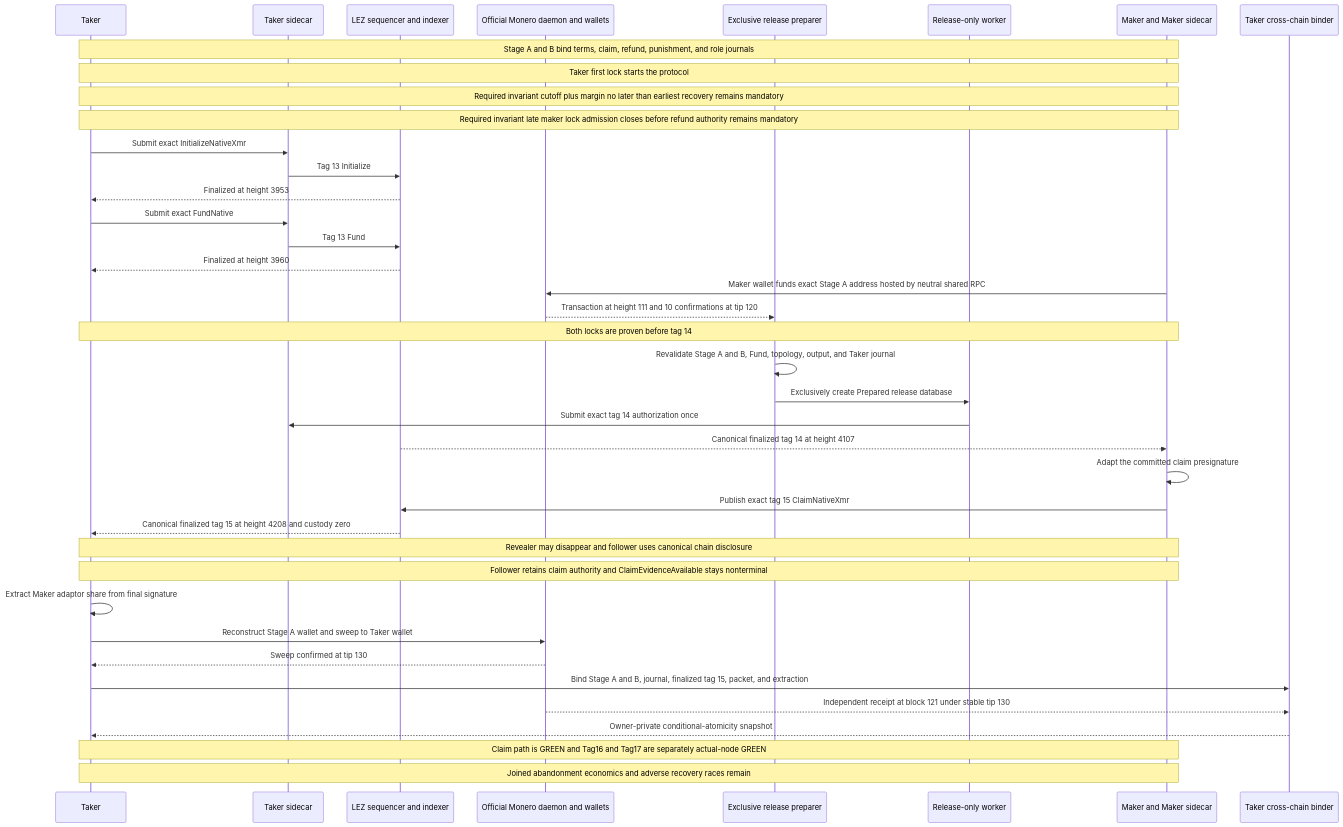
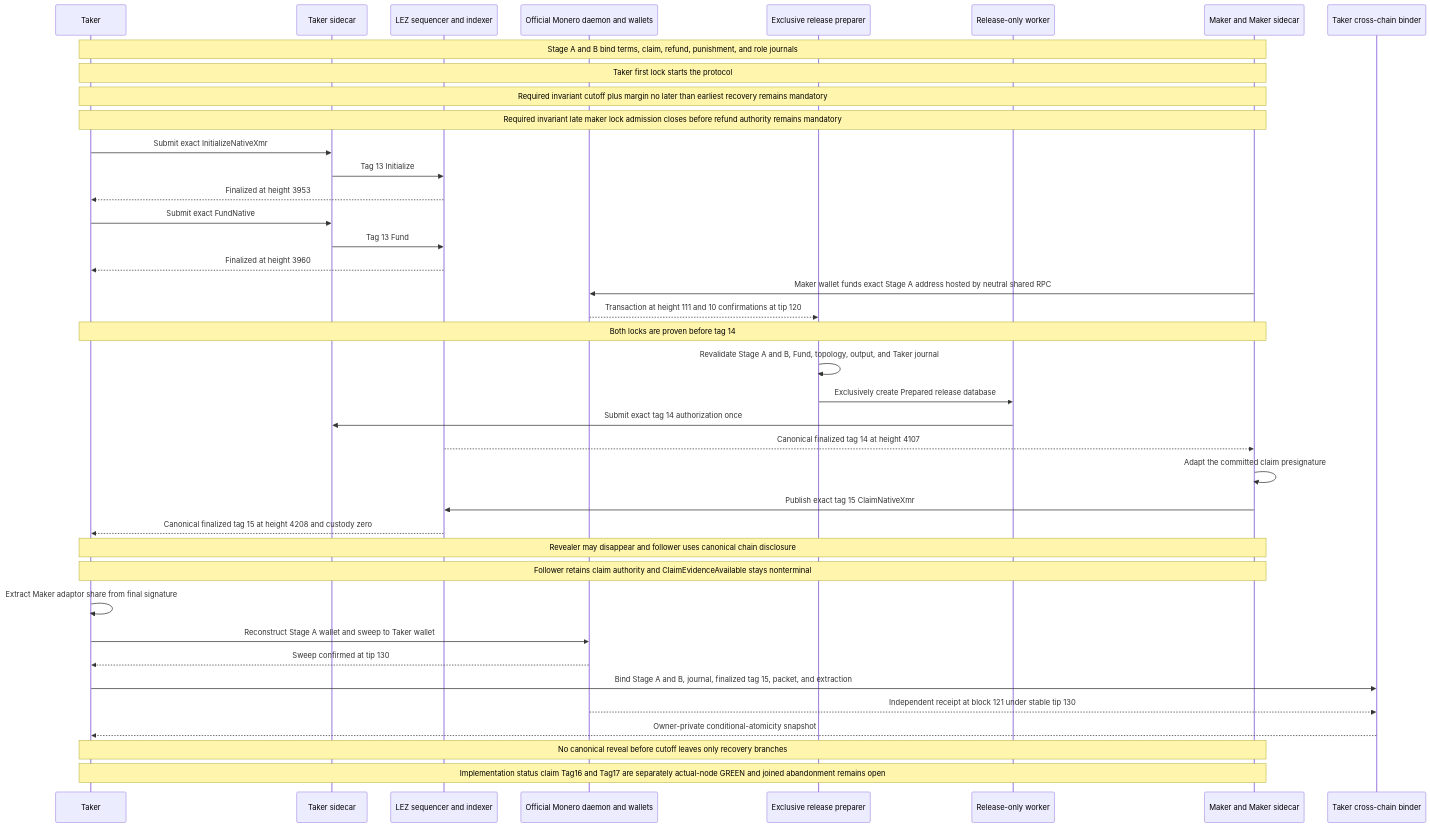
One commit to gateway-fm/lez-atomic-swaps changed diagram 29 of 40 in docs/architecture/system-architecture.md. Above: the diagram before and after it, drawn with Mermaid. The commit also changed 6 other files, not shown here.

````diff
--- a/docs/architecture/system-architecture.md
+++ b/docs/architecture/system-architecture.md
@@ -2690,42 +2690,42 @@
 ```mermaid
 sequenceDiagram
     participant T as Taker
     participant TS as Taker sidecar
     participant L as LEZ sequencer and indexer
     participant X as Official Monero daemon and wallets
     participant P as Exclusive release preparer
     participant W as Release-only worker
     participant M as Maker and Maker sidecar
     participant B as Taker cross-chain binder
 
     Note over T,M: Stage A and B bind terms, claim, refund, punishment, and role journals
     Note over T,M: Taker first lock starts the protocol
     Note over T,M: Required invariant cutoff plus margin no later than earliest recovery remains mandatory
     Note over T,M: Required invariant late maker lock admission closes before refund authority remains mandatory
     T->>TS: Submit exact InitializeNativeXmr
     TS->>L: Tag 13 Initialize
     L-->>T: Finalized at height 3953
     T->>TS: Submit exact FundNative
     TS->>L: Tag 13 Fund
     L-->>T: Finalized at height 3960
     M->>X: Maker wallet funds exact Stage A address hosted by neutral shared RPC
     X-->>P: Transaction at height 111 and 10 confirmations at tip 120
     Note over T,M: Both locks are proven before tag 14
     P->>P: Revalidate Stage A and B, Fund, topology, output, and Taker journal
     P->>W: Exclusively create Prepared release database
     W->>TS: Submit exact tag 14 authorization once
     L-->>M: Canonical finalized tag 14 at height 4107
     M->>M: Adapt the committed claim presignature
     M->>L: Publish exact tag 15 ClaimNativeXmr
     L-->>T: Canonical finalized tag 15 at height 4208 and custody zero
     Note over T,M: Revealer may disappear and follower uses canonical chain disclosure
     Note over T,M: Follower retains claim authority and ClaimEvidenceAvailable stays nonterminal
     T->>T: Extract Maker adaptor share from final signature
     T->>X: Reconstruct Stage A wallet and sweep to Taker wallet
     X-->>T: Sweep confirmed at tip 130
     T->>B: Bind Stage A and B, journal, finalized tag 15, packet, and extraction
     X-->>B: Independent receipt at block 121 under stable tip 130
     B-->>T: Owner-private conditional-atomicity snapshot
-    Note over T,M: Claim path is GREEN and Tag16 and Tag17 are separately actual-node GREEN
-    Note over T,M: Joined abandonment economics and adverse recovery races remain
+    Note over T,M: No canonical reveal before cutoff leaves only recovery branches
+    Note over T,M: Implementation status claim Tag16 and Tag17 are separately actual-node GREEN and joined abandonment remains open
 ```
````
